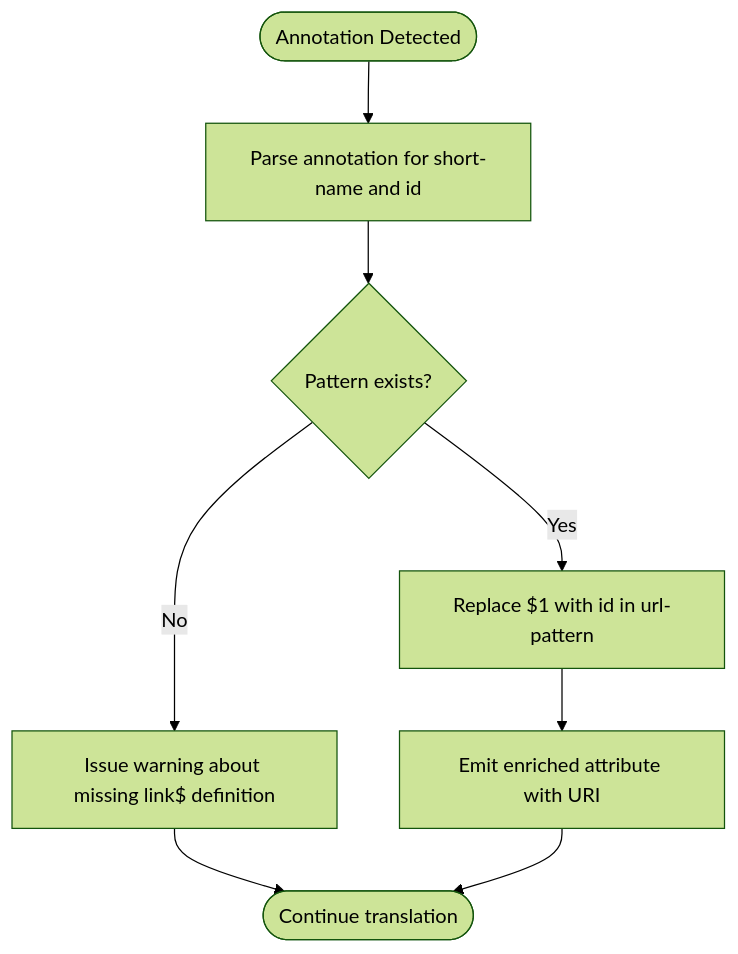
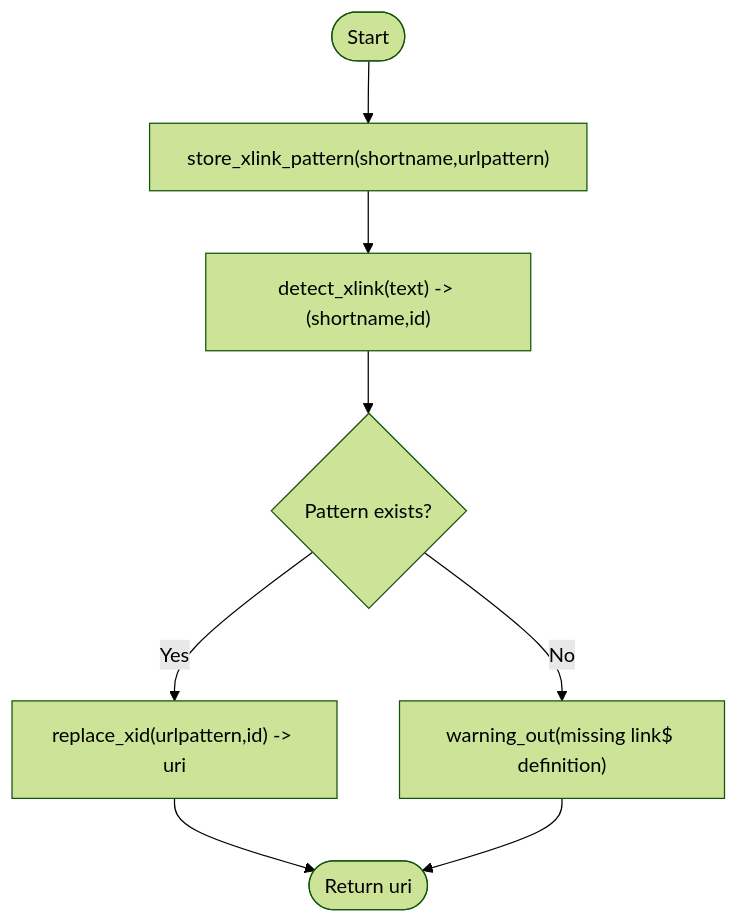
The third of 6 diagrams in .qoder/repowiki/en/content/Translation Engine/Linked Data Integration.md (time-link/timelink-kleio), drawn with Mermaid (forest theme) before and after one commit. The commit also changed other lines of this file and 225 other files, not shown here.

````diff
--- a/.qoder/repowiki/en/content/Translation Engine/Linked Data Integration.md
+++ b/.qoder/repowiki/en/content/Translation Engine/Linked Data Integration.md
@@ -160,10 +126,10 @@
 ```mermaid
 flowchart TD
-Start(["Annotation Detected"]) --> Parse["Parse annotation for short-name and id"]
-Parse --> Lookup{"Pattern exists?"}
-Lookup --> |Yes| Replace["Replace $1 with id in url-pattern"]
-Lookup --> |No| Warn["Issue warning about missing link$ definition"]
-Replace --> Emit["Emit enriched attribute with URI"]
-Warn --> End(["Continue translation"])
-Emit --> End
+Start(["Start"]) --> Store["store_xlink_pattern(shortname,urlpattern)"]
+Store --> Detect["detect_xlink(text) -> (shortname,id)"]
+Detect --> Exists{"Pattern exists?"}
+Exists -- Yes --> Replace["replace_xid(urlpattern,id) -> uri"]
+Exists -- No --> Warn["warning_out(missing link$ definition)"]
+Replace --> End(["Return uri"])
+Warn --> End
 ```
````
